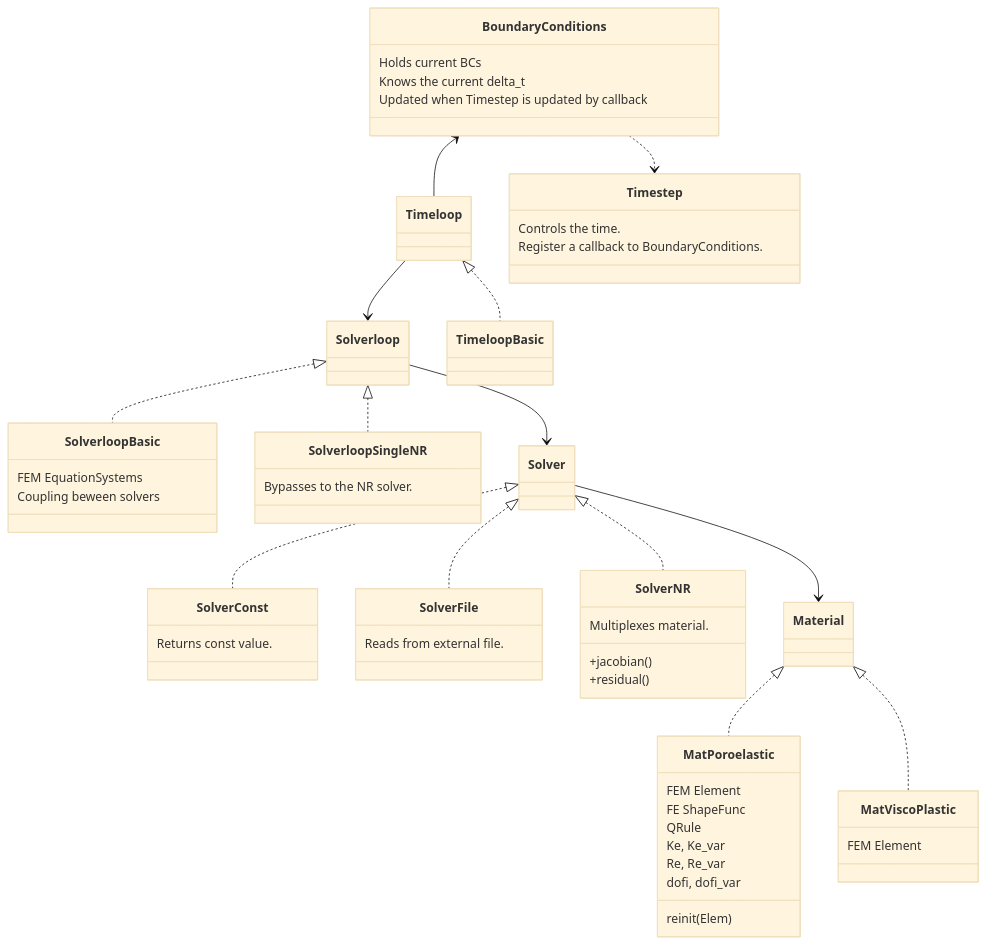
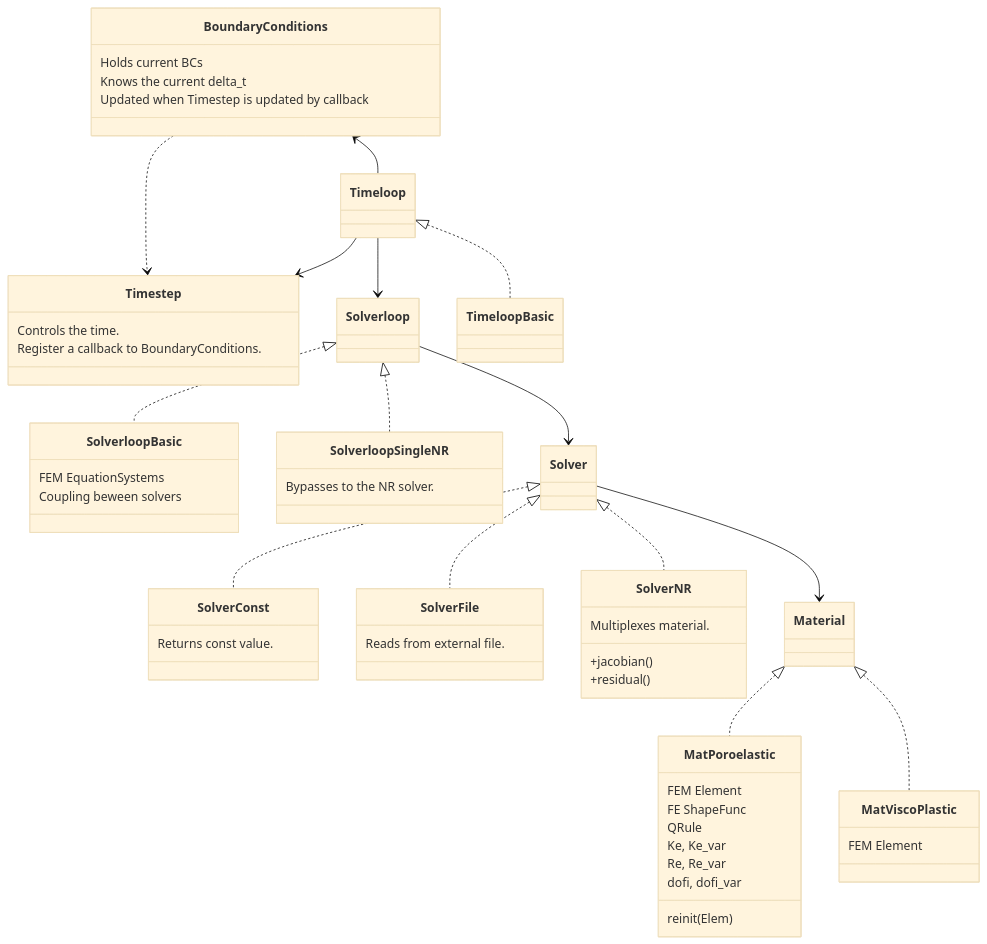
The second of 2 diagrams in doc/Description.md (rebpoli/harpy), drawn with Mermaid (base theme) before and after one commit.

````diff
--- a/doc/Description.md
+++ b/doc/Description.md
@@ -95,74 +94,75 @@
 ```mermaid
 classDiagram
+    Timeloop --> Timestep
     BoundaryConditions <-- Timeloop
 
     Solverloop <|.. SolverloopBasic
 
 
     class Timestep {
         Controls the time.
         Register a callback to BoundaryConditions.
     }
     class BoundaryConditions { 
         Holds current BCs
         Knows the current delta_t
         Updated when Timestep is updated by callback
     }
     BoundaryConditions ..> Timestep
 
 %% Implementations
     class SolverloopBasic {
         FEM EquationSystems
         Coupling beween solvers
     }
 
     class MatViscoPlastic { FEM Element }
 
     class MatPoroelastic {
         FEM Element 
         FE ShapeFunc
         QRule
         Ke, Ke_var
         Re, Re_var
         dofi, dofi_var
         reinit(Elem)
     }
 
     class SolverloopSingleNR { Bypasses to the NR solver. } 
 
     class SolverConst { Returns const value.  }
     class SolverFile { Reads from external file. }
     class SolverNR { 
         Multiplexes material.
         
         +jacobian()
         +residual()
         }
 
 %% Dependencies
 
 %% Interfaces << implementations
     Timeloop <|.. TimeloopBasic
     Material <|.. MatPoroelastic
     Material <|.. MatViscoPlastic
     Solverloop <|.. SolverloopSingleNR
 
     Solver <|.. SolverNR
     Solver <|.. SolverConst
     Solver <|.. SolverFile
 
     Timeloop --> Solverloop
     Solverloop --> Solver
     Solver --> Material
 
 %%
 %% classA <|-- classB    // Inheritance (B inherits from A)
 %% classA <|.. classB    // Implementation (B implements A)
 %% classA *-- classB     // Composition (B is part of A)
 %% classA o-- classB     // Aggregation (B is used by A)
 %% classA --> classB     // Association (A references B)
 %% classA ..> classB     // Dependency (A depends on B)
 %% classA ..|> classB    // Realization (B realizes A)
 %% classA <--> classB    // Bidirectional association
 
 ```
````
